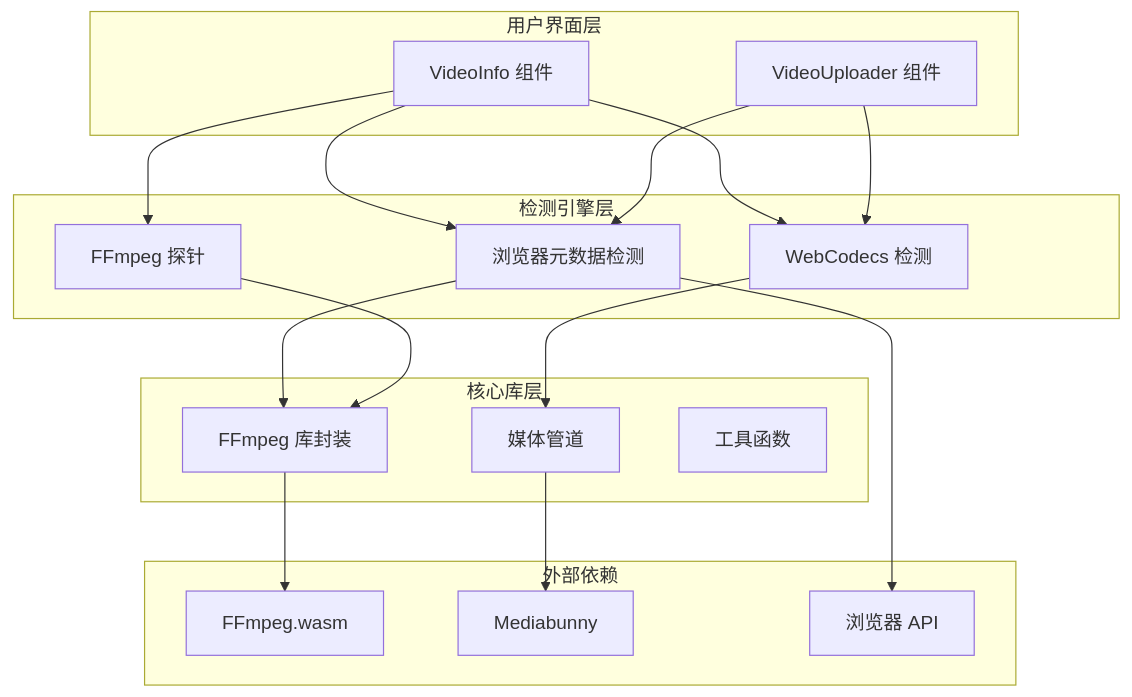
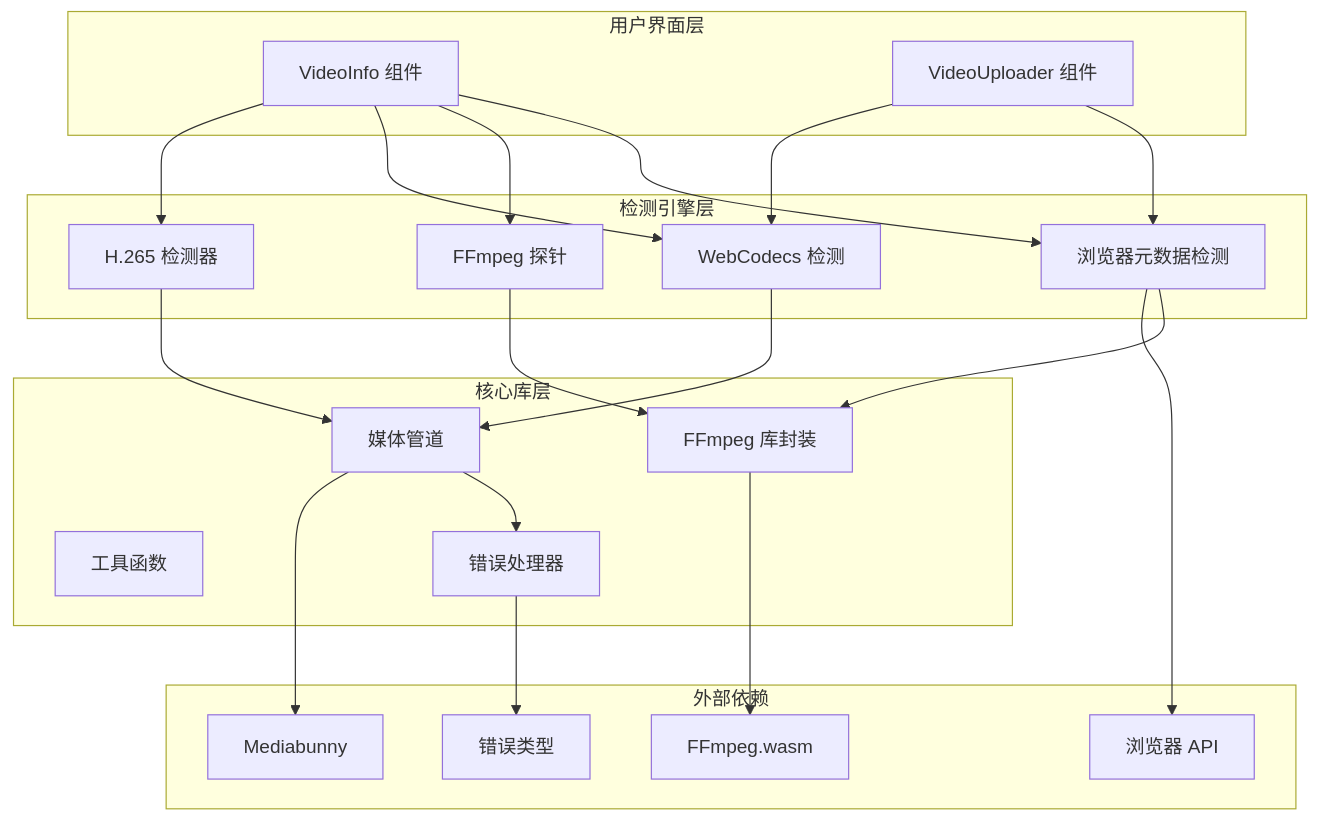
Before and after one commit to sgyy/privadeck: the first of 12 diagrams in .qoder/repowiki/zh/content/工具分类/视频处理工具/视频压缩工具/视频编解码器检测.md, drawn with Mermaid. The commit also changed other lines of this file and 5 other files, not shown here.

````diff
--- a/.qoder/repowiki/zh/content/工具分类/视频处理工具/视频压缩工具/视频编解码器检测.md
+++ b/.qoder/repowiki/zh/content/工具分类/视频处理工具/视频压缩工具/视频编解码器检测.md
@@ -32,33 +47,40 @@
 ```mermaid
 graph TB
 subgraph "用户界面层"
 UI[VideoInfo 组件]
 Uploader[VideoUploader 组件]
 end
 subgraph "检测引擎层"
 BrowserMeta[浏览器元数据检测]
 FFmpegProbe[FFmpeg 探针]
 WebCodecs[WebCodecs 检测]
+CodecDetector[H.265 检测器]
 end
 subgraph "核心库层"
 FFmpegLib[FFmpeg 库封装]
 MediaPipeline[媒体管道]
 Utils[工具函数]
+ErrorHandlers[错误处理器]
 end
 subgraph "外部依赖"
 FFmpegWASM[FFmpeg.wasm]
 Mediabunny[Mediabunny]
 BrowserAPI[浏览器 API]
+ErrorTypes[错误类型]
 end
 UI --> BrowserMeta
 UI --> FFmpegProbe
 UI --> WebCodecs
+UI --> CodecDetector
 Uploader --> BrowserMeta
 Uploader --> WebCodecs
 BrowserMeta --> FFmpegLib
 FFmpegProbe --> FFmpegLib
 WebCodecs --> MediaPipeline
+CodecDetector --> MediaPipeline
+MediaPipeline --> ErrorHandlers
 FFmpegLib --> FFmpegWASM
 MediaPipeline --> Mediabunny
 BrowserMeta --> BrowserAPI
+ErrorHandlers --> ErrorTypes
 ```
````
